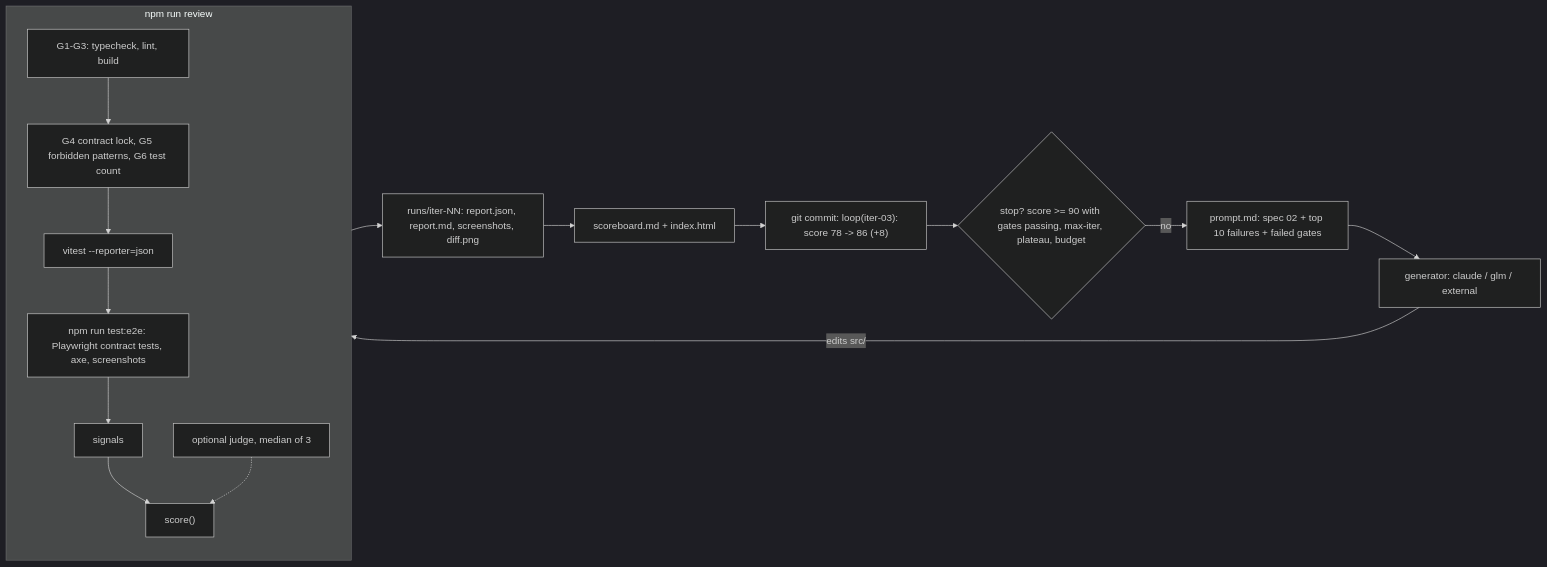
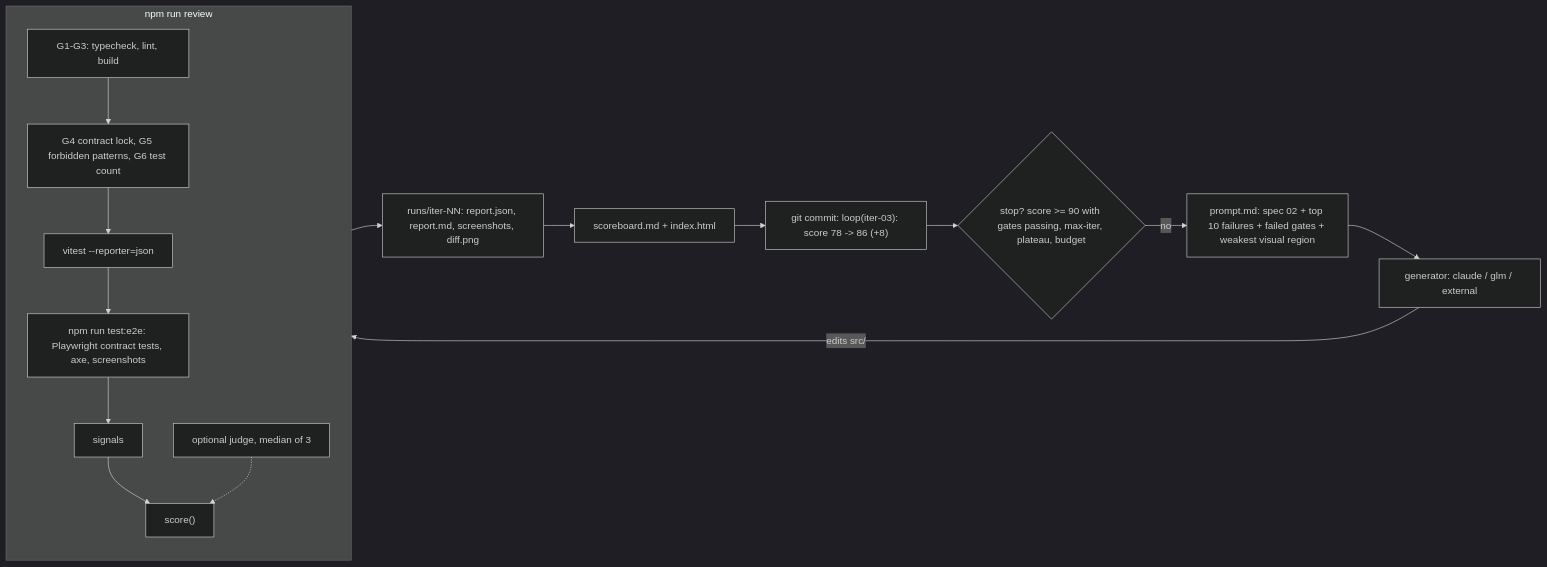
Before and after one commit to dfourn/jobtitlr-widgt: the diagram in widgt/review/README.md, drawn with Mermaid (dark theme). The commit also changed other lines of this file, not shown here.

````diff
--- a/widgt/review/README.md
+++ b/widgt/review/README.md
@@ -9,18 +9,18 @@
 ```mermaid
 flowchart LR
-  P["prompt.md: spec 02 + top 10 failures + failed gates"] --> G["generator: claude / glm / external"]
+  P["prompt.md: spec 02 + top 10 failures + failed gates + weakest visual region"] --> G["generator: claude / glm / external"]
   G -->|"edits src/"| REV
   subgraph REV["npm run review"]
     direction TB
     G13["G1-G3: typecheck, lint, build"] --> G46["G4 contract lock, G5 forbidden patterns, G6 test count"]
     G46 --> V["vitest --reporter=json"]
     V --> E["npm run test:e2e: Playwright contract tests, axe, screenshots"]
     E --> S["signals"] --> SC["score()"]
     J["optional judge, median of 3"] -.-> SC
   end
   REV --> A["runs/iter-NN: report.json, report.md, screenshots, diff.png"]
   A --> B["scoreboard.md + index.html"]
   B --> C["git commit: loop(iter-03): score 78 -> 86 (+8)"]
   C --> D{"stop? score >= 90 with gates passing, max-iter, plateau, budget"}
   D -->|no| P
 ```
````
